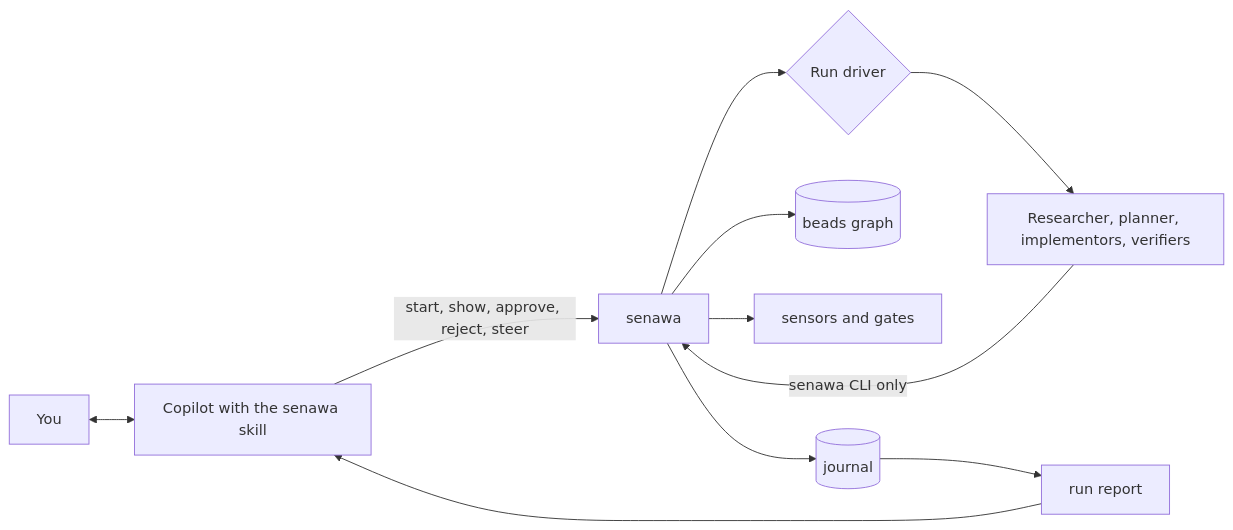
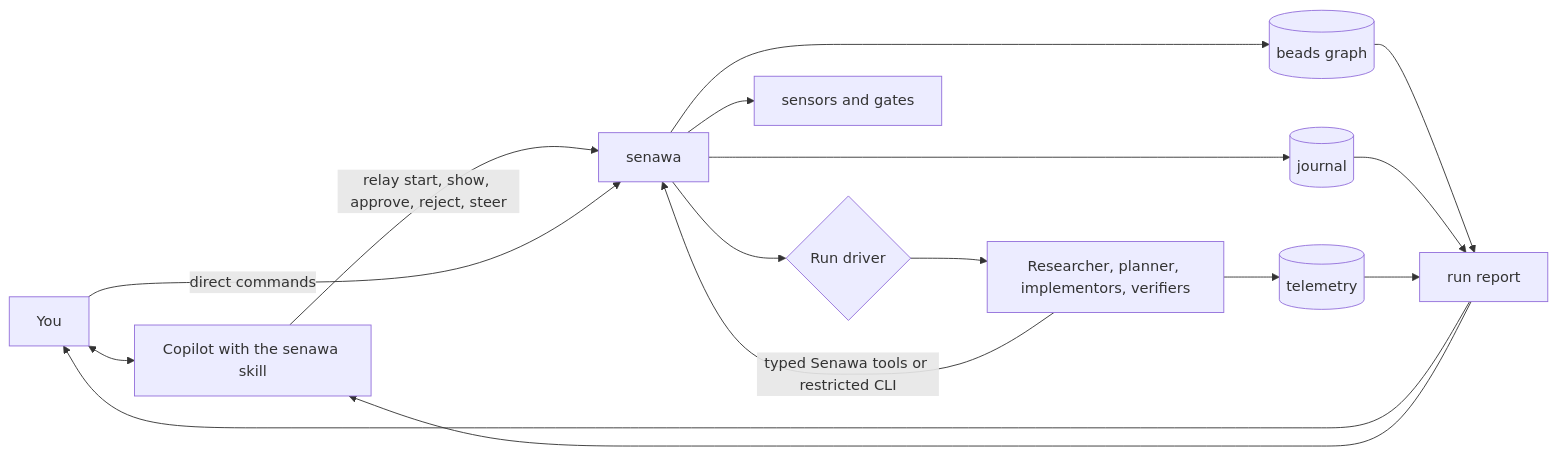
Before and after one commit to dasiths/senawa: the diagram in README.md, drawn with Mermaid. The commit also changed other lines of this file and 21 other files, not shown here.

````diff
--- a/README.md
+++ b/README.md
@@ -85,13 +98,18 @@
 ```mermaid
 flowchart LR
     H[You] <--> PA[Copilot with the senawa skill]
-    PA -->|start, show, approve, reject, steer| S[senawa]
+    PA -->|relay start, show, approve, reject, steer| S[senawa]
+    H -->|direct commands| S
     S --> D{Run driver}
     D --> W[Researcher, planner, implementors, verifiers]
-    W -->|senawa CLI only| S
+    W -->|typed Senawa tools or restricted CLI| S
     S --> G[(beads graph)]
     S --> SEN[sensors and gates]
     S --> J[(journal)]
+    W --> T[(telemetry)]
+    G --> RPT[run report]
     J --> RPT[run report]
+    T --> RPT
+    RPT --> H
     RPT --> PA
 ```
````
